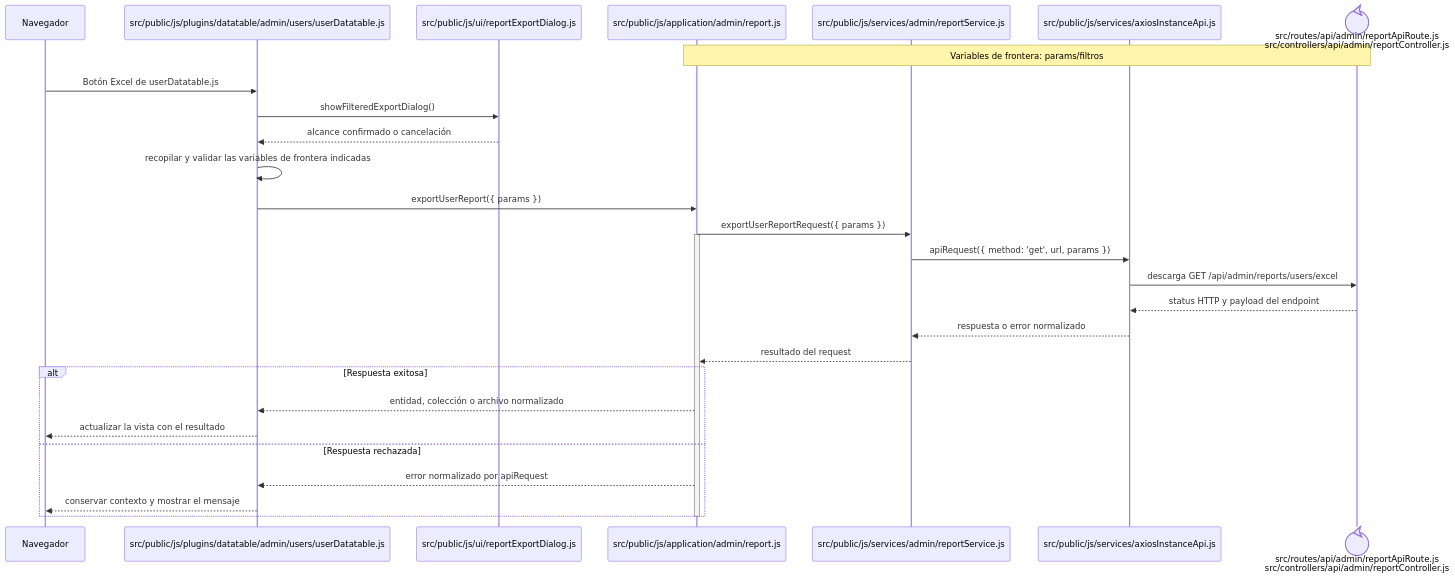
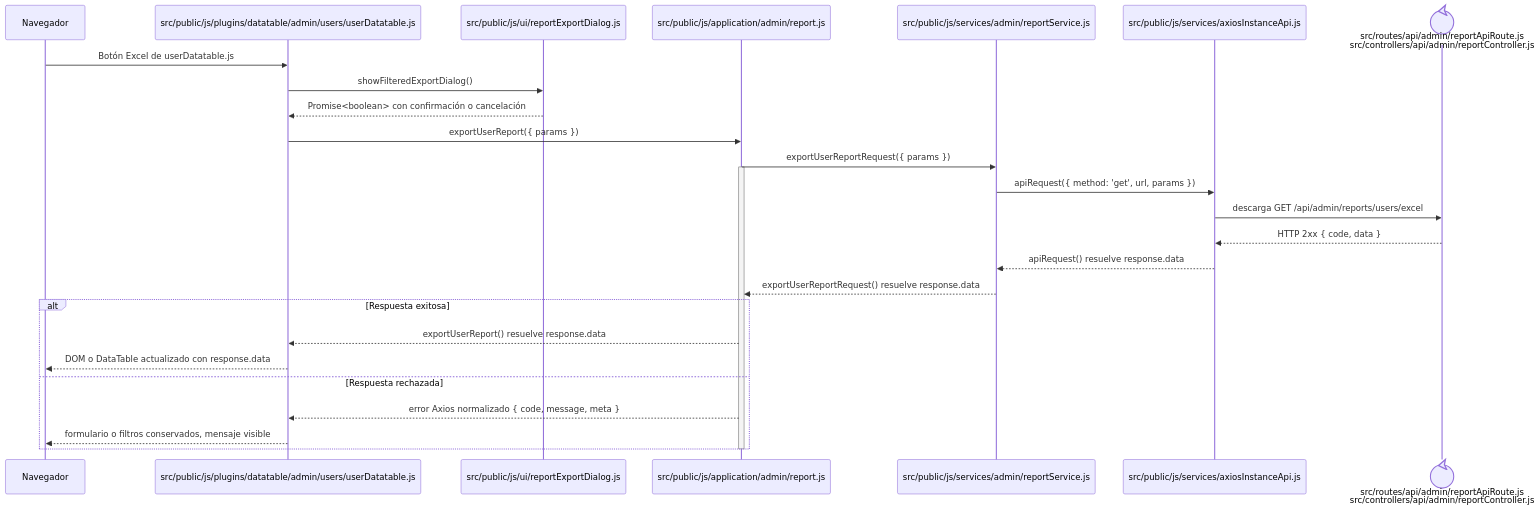
The diagram in docs/architecture/frontend-code-sequences/identity-access/cu-ida-09.md (gpgsistemas01/nexus), drawn with Mermaid before and after one commit. The commit also changed 148 other files, not shown here.

````diff
--- a/docs/architecture/frontend-code-sequences/identity-access/cu-ida-09.md
+++ b/docs/architecture/frontend-code-sequences/identity-access/cu-ida-09.md
@@ -6,32 +6,30 @@
 ```mermaid
 sequenceDiagram
     participant Browser as Navegador
     participant View as src/public/js/plugins/datatable/admin/users/userDatatable.js
     participant Dialog as src/public/js/ui/reportExportDialog.js
     participant Application as src/public/js/application/admin/report.js
     participant Request as src/public/js/services/admin/reportService.js
     participant HTTP as src/public/js/services/axiosInstanceApi.js
     participant Transport@{ "type": "control" } as src/routes/api/admin/reportApiRoute.js<br/>src/controllers/api/admin/reportController.js
-    Note over Application,Transport: Variables de frontera: params/filtros
 
     Browser->>View: Botón Excel de userDatatable.js
     View->>Dialog: showFilteredExportDialog()
-    Dialog-->>View: alcance confirmado o cancelación
-    View->>View: recopilar y validar las variables de frontera indicadas
+    Dialog-->>View: Promise<boolean> con confirmación o cancelación
     View->>Application: exportUserReport({ params })
     Application->>Request: exportUserReportRequest({ params })
     activate Application
     Request->>HTTP: apiRequest({ method: 'get', url, params })
     HTTP->>Transport: descarga GET /api/admin/reports/users/excel
-    Transport-->>HTTP: status HTTP y payload del endpoint
-    HTTP-->>Request: respuesta o error normalizado
-    Request-->>Application: resultado del request
+    Transport-->>HTTP: HTTP 2xx { code, data }
+    HTTP-->>Request: apiRequest() resuelve response.data
+    Request-->>Application: exportUserReportRequest() resuelve response.data
     alt Respuesta exitosa
-        Application-->>View: entidad, colección o archivo normalizado
-        View-->>Browser: actualizar la vista con el resultado
+        Application-->>View: exportUserReport() resuelve response.data
+        View-->>Browser: DOM o DataTable actualizado con response.data
     else Respuesta rechazada
-        Application-->>View: error normalizado por apiRequest
-        View-->>Browser: conservar contexto y mostrar el mensaje
+        Application-->>View: error Axios normalizado { code, message, meta }
+        View-->>Browser: formulario o filtros conservados, mensaje visible
     end
     deactivate Application
 ```
````
